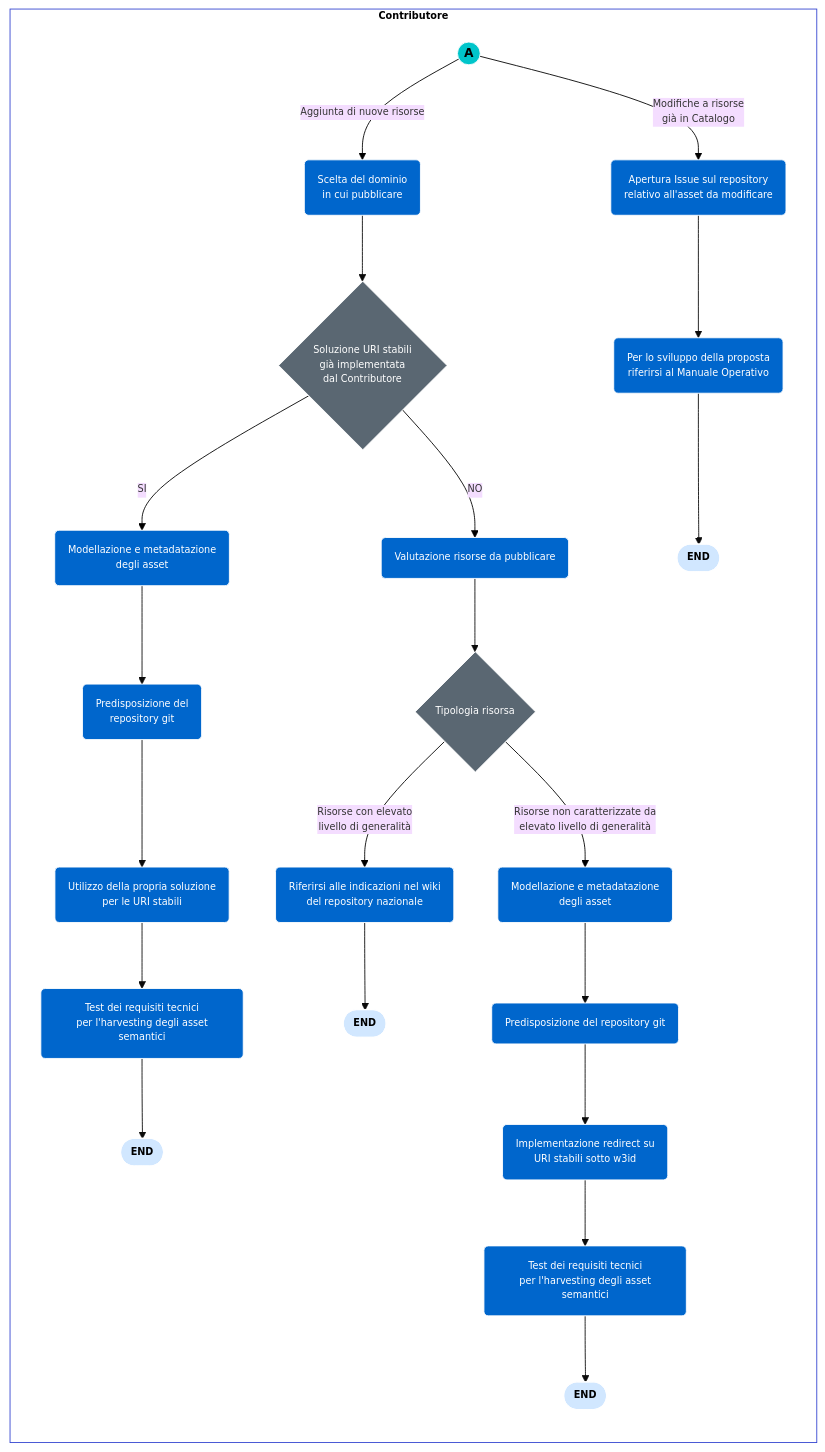
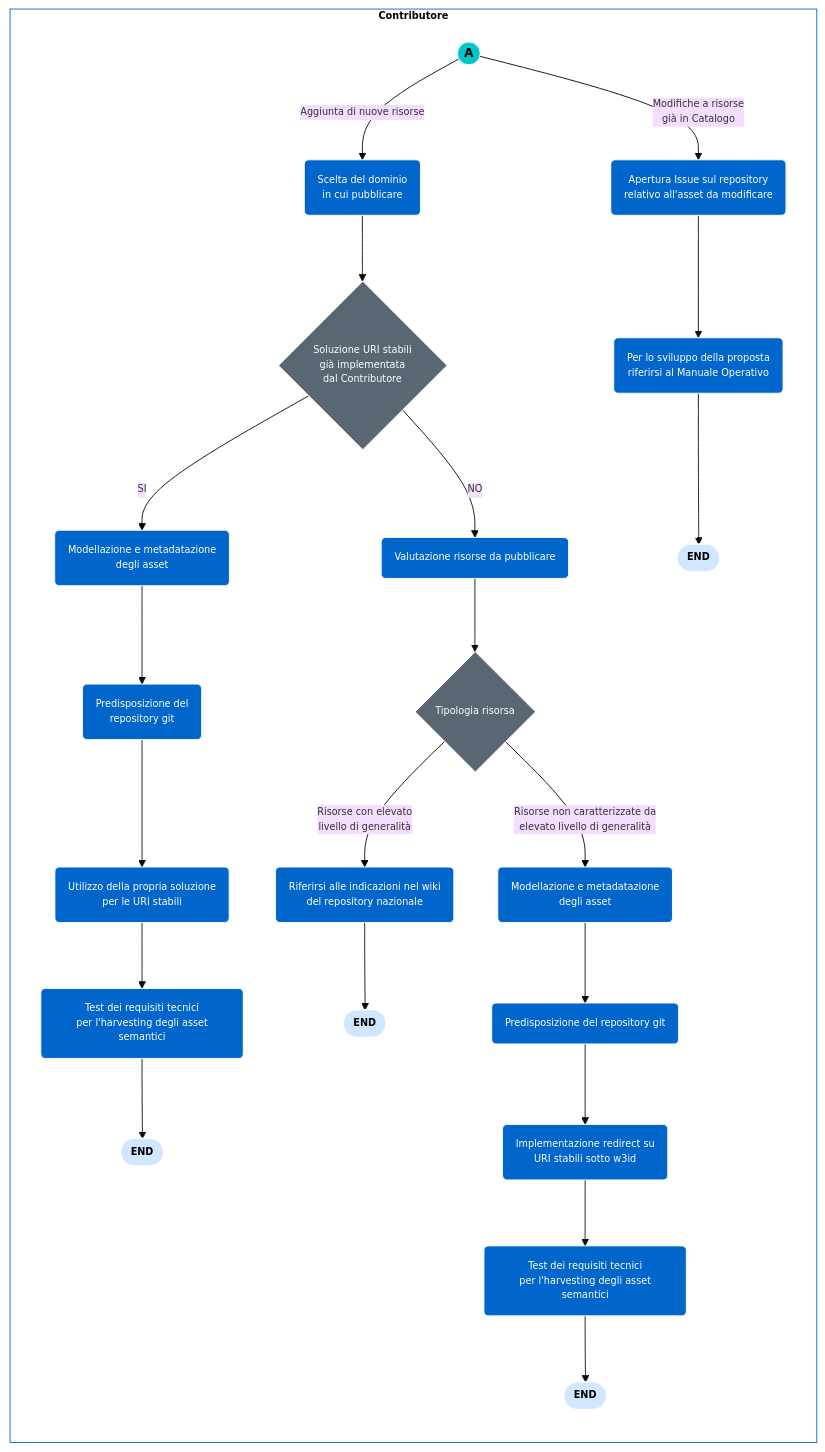
One commit to teamdigitale/dati-semantic-guida-ndc-docs changed the second of 2 diagrams in docs/come-contribuire/attività-propedeutiche-alla-contribuzione-al-catalogo.rst. Above: the diagram before and after it, drawn with Mermaid (base theme).

```diff
--- a/docs/come-contribuire/attività-propedeutiche-alla-contribuzione-al-catalogo.rst
+++ b/docs/come-contribuire/attività-propedeutiche-alla-contribuzione-al-catalogo.rst
@@ -61,45 +61,45 @@
 .. mermaid::
 
   flowchart TB
 
   subgraph Contributore
    id12((A))
    id12--> |Aggiunta di nuove risorse|id30("Scelta del dominio <br/>in cui pubblicare")
    id30--> id31{"Soluzione URI stabili<br/> già implementata<br/> dal Contributore"}
    id12--> |Modifiche a risorse<br/> già in Catalogo|id10("Apertura Issue sul repository<br/> relativo all'asset da modificare")
    id10--> id11("Per lo sviluppo della proposta<br/> riferirsi al Manuale Operativo")
    direction TB
    id31--> |SI|id15("Modellazione e metadatazione<br/> degli asset")
    id15--> id16("Predisposizione del<br/> repository git")
    id16-->id17("Utilizzo della propria soluzione<br/> per le URI stabili")
    id17-->id18("Test dei requisiti tecnici<br/> per l'harvesting degli asset semantici")
    id31--> |NO| id42("Valutazione risorse da pubblicare")
    id42--> id43{"Tipologia risorsa"}
    id43--> |Risorse con elevato<br/> livello di generalità|id44("Riferirsi alle indicazioni nel wiki<br/> del repository nazionale")
    id43--> |Risorse non caratterizzate da<br/> elevato livello di generalità|id46("Modellazione e metadatazione<br/> degli asset")
    id46-->id47("Predisposizione del  repository git")
    id47-->id48("Implementazione redirect su <br/>URI stabili sotto w3id")
    id48-->id49("Test dei requisiti tecnici<br/> per l'harvesting degli asset semantici")
    id49-->id50([END])
    id18-->id40([END])
    id11-->id41([END])
    id44-->id45([END])
   end
-        classDef default stroke:white,color:#fff,clusterBkg:none,fill:#3344d0
-        classDef cluster font-weight:bold, font-size: 11px, fill:none, color:black, stroke:#3344d0, stroke-width:1px
+        classDef default stroke:white,color:#fff,clusterBkg:none,fill:#0066CC
+        classDef cluster font-weight:bold, font-size: 11px, fill:none, color:black, stroke:#0066CC, stroke-width:1px
         classDef subgraph_padding fill:none, stroke:none, opacity:0 
         classDef bounded_context stroke-dasharray:5 5
         linkStyle 0 stroke-width:1px,fill:none,stroke:black, font-size:11px
         linkStyle 2 stroke-width:1px,fill:none,stroke:black, font-size:11px
         linkStyle 4 stroke-width:1px,fill:none,stroke:black, font-size:11px
         linkStyle 8 stroke-width:1px,fill:none,stroke:black, font-size:11px
         linkStyle 10 stroke-width:1px,fill:none,stroke:black, font-size:11px
         linkStyle 11 stroke-width:1px,fill:none,stroke:black, font-size:11px
         class id9,id10,id11,id15,id16,id17,id18,id30,id42,id44,id46,id47,id48,id49 defaultNode
         classDef defaultNode font-size:11px, fill:#0066CC
         class id50,id40,id41,id45 startEndNode
         classDef startEndNode font-size:11px, fill:#d1e7ff, font-weight:bold, color:black
         class id31,id43 decisionNode
         classDef decisionNode font-size:11px, fill:#5a6772, color:white
         class id12 reference
         classDef reference font-size:14px, fill:#00c5ca, font-weight:bold, color:black
```
